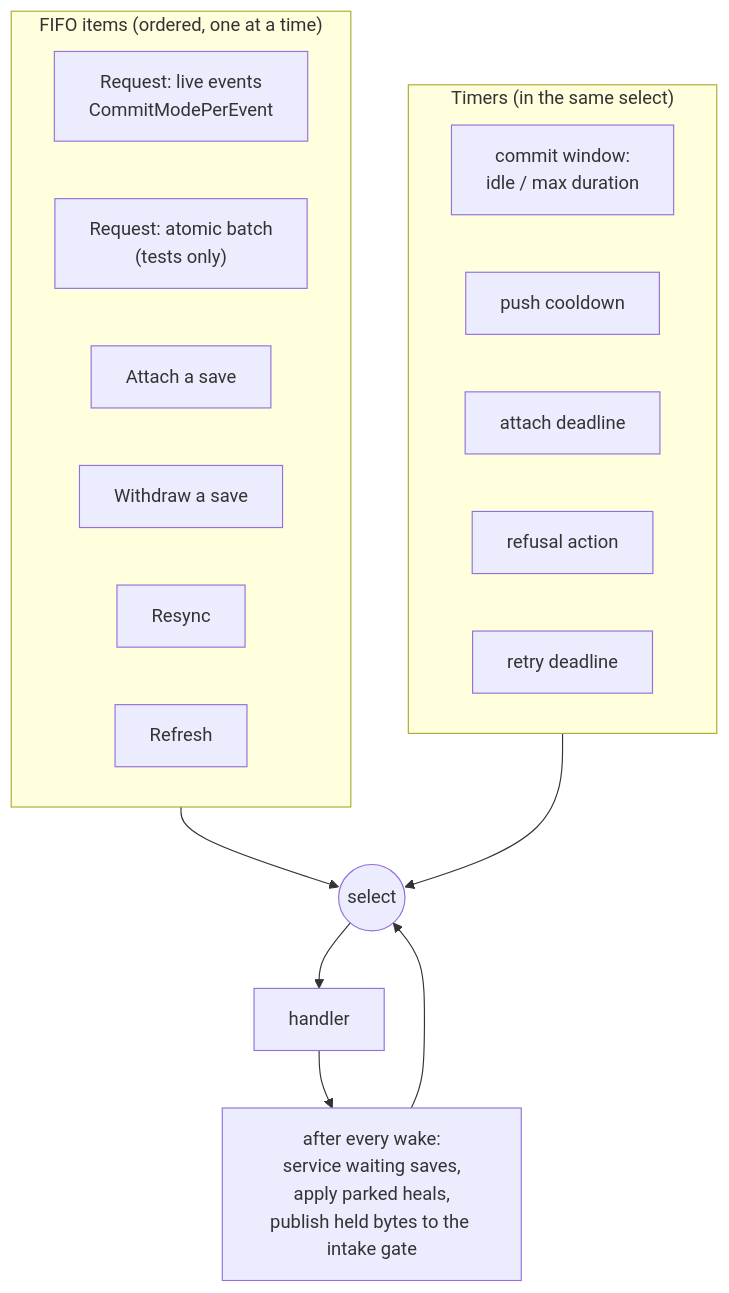
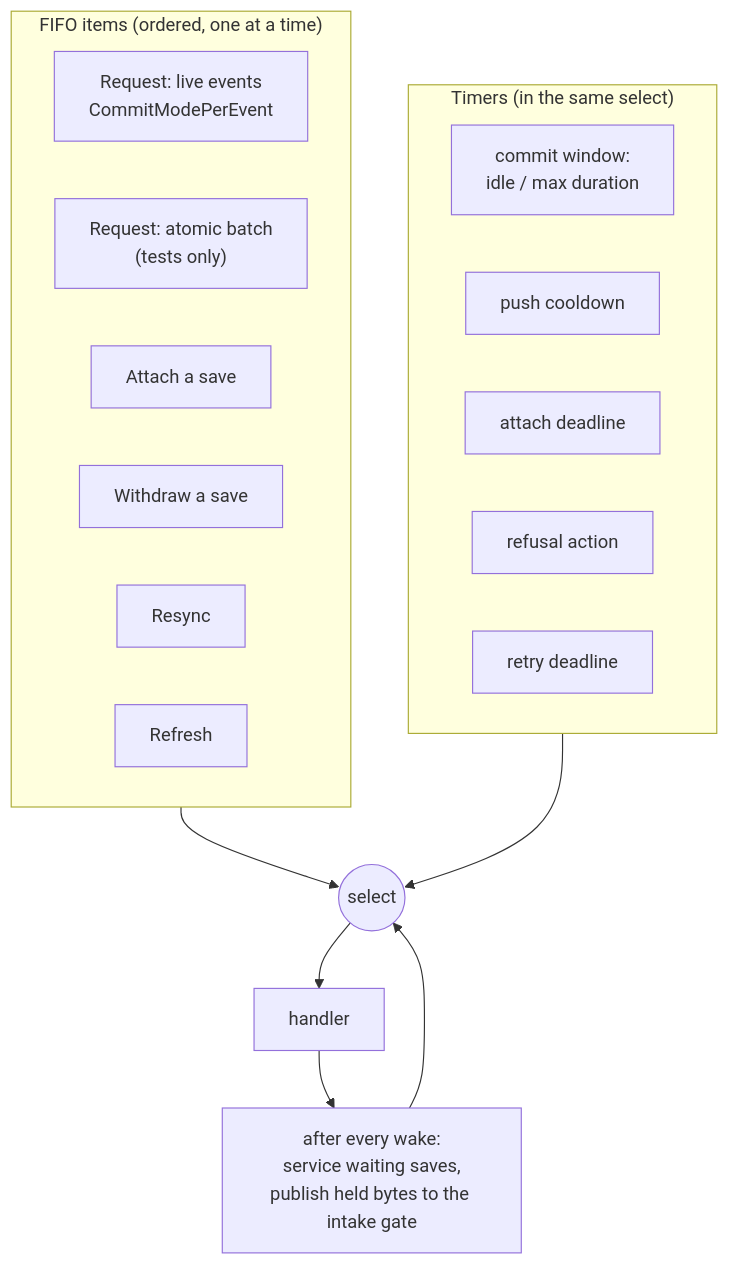
Before and after one commit to ConfigButler/gitops-reverser: the sixth of 12 diagrams in docs/design/event-pipeline-overview.md, drawn with Mermaid. The commit also changed other lines of this file and 158 other files, not shown here.

````diff
--- a/docs/design/event-pipeline-overview.md
+++ b/docs/design/event-pipeline-overview.md
@@ -240,27 +240,27 @@
 ```mermaid
 flowchart TB
     subgraph FIFO_IN["FIFO items (ordered, one at a time)"]
         I1["Request: live events<br/>CommitModePerEvent"]
         I2["Request: atomic batch<br/>(tests only)"]
         I3["Attach a save"]
         I4["Withdraw a save"]
         I5["Resync"]
         I6["Refresh"]
     end
 
     subgraph TIMERS["Timers (in the same select)"]
         T1["commit window:<br/>idle / max duration"]
         T2["push cooldown"]
         T3["attach deadline"]
         T4["refusal action"]
         T5["retry deadline"]
     end
 
     SEL(("select"))
     FIFO_IN --> SEL
     TIMERS --> SEL
 
     SEL --> H["handler"]
-    H --> AFTER["after every wake:<br/>service waiting saves,<br/>apply parked heals,<br/>publish held bytes to the intake gate"]
+    H --> AFTER["after every wake:<br/>service waiting saves,<br/>publish held bytes to the intake gate"]
     AFTER --> SEL
 ```
````
